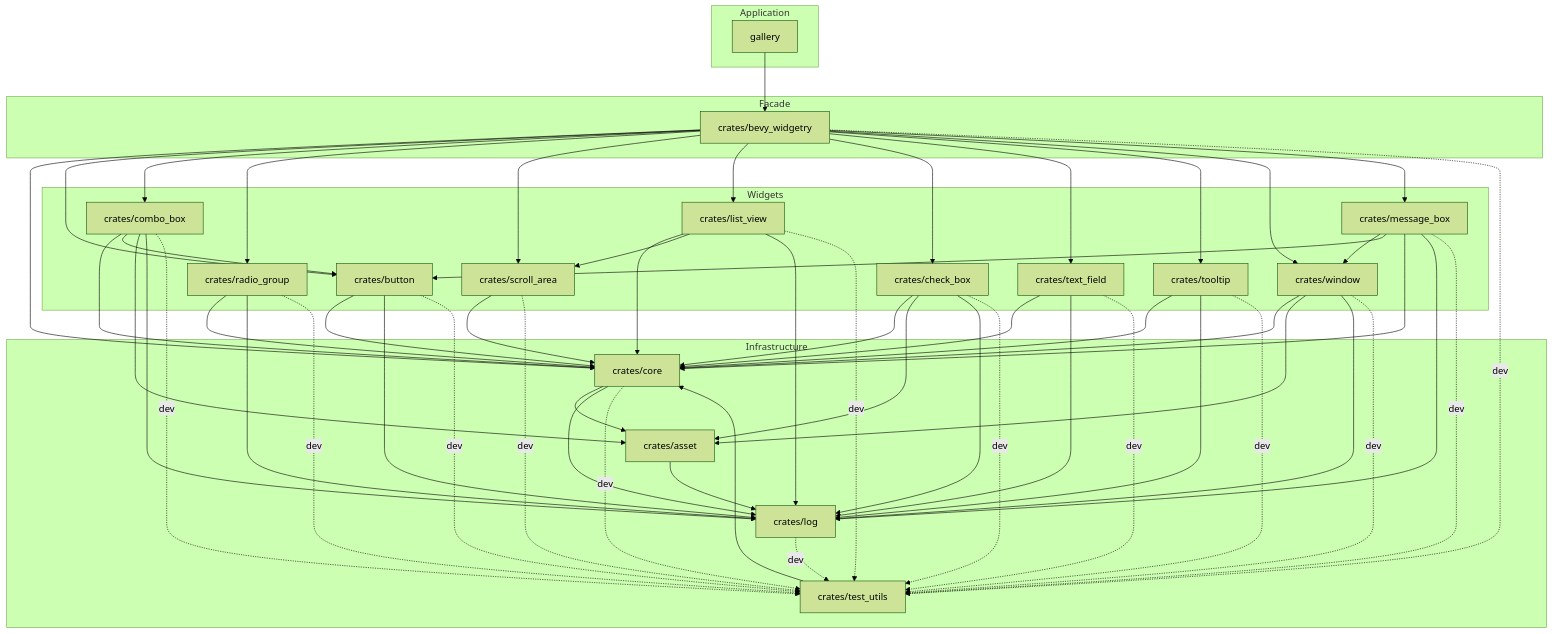
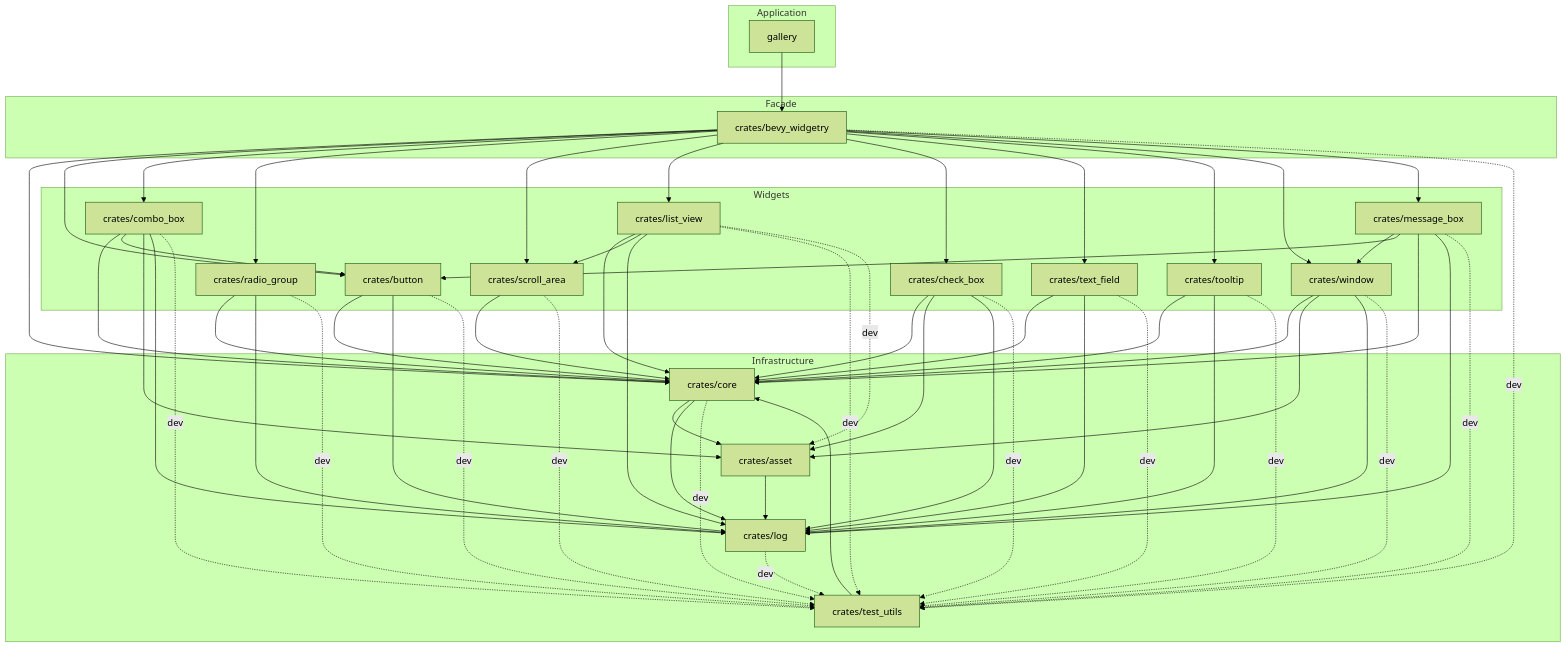
Before and after one commit to slc90/bevy_widgetry: the diagram in docs/architecture.md, drawn with Mermaid (forest theme). The commit also changed other lines of this file and 8 other files, not shown here.

First line of the commit message:
实现 ListView 固定行高 virtualization

```diff
--- a/docs/architecture.md
+++ b/docs/architecture.md
@@ -213,6 +213,7 @@
     list_view --> scroll_area
     list_view --> log
     list_view -. dev .-> test_utils
+    list_view -. dev .-> asset
     check_box --> core
     check_box --> asset
     check_box --> log
```
